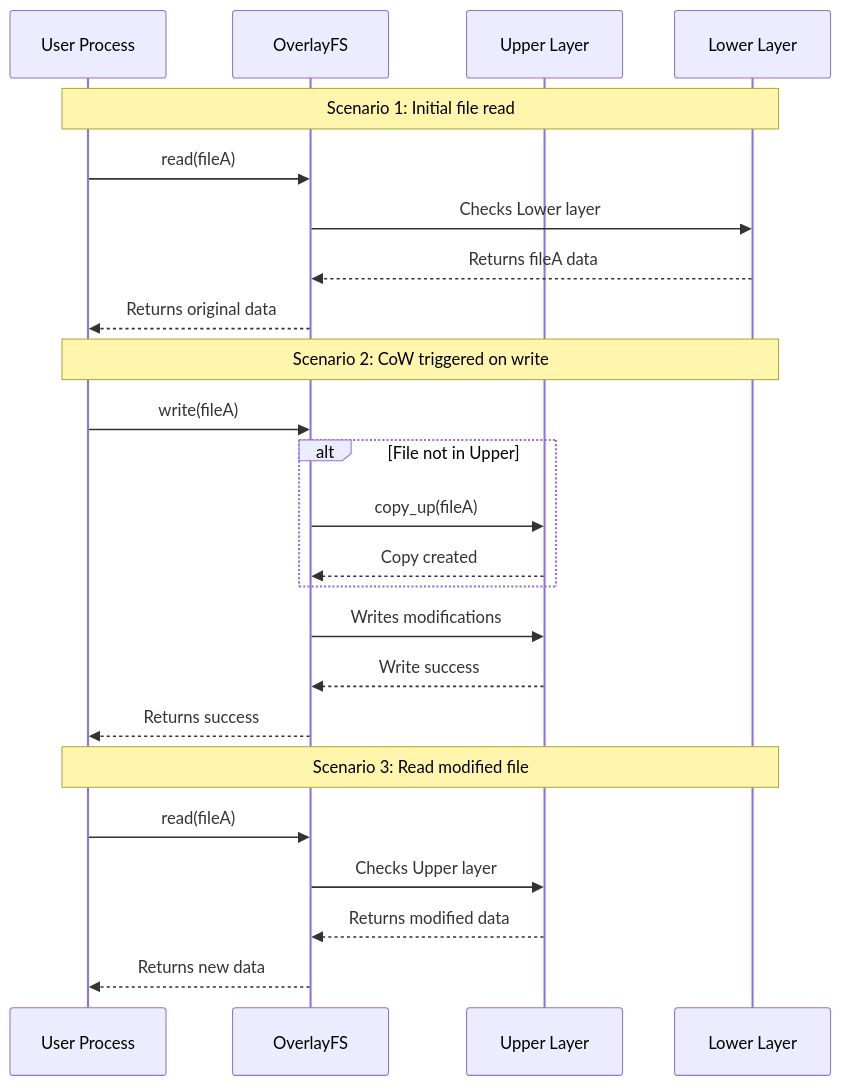
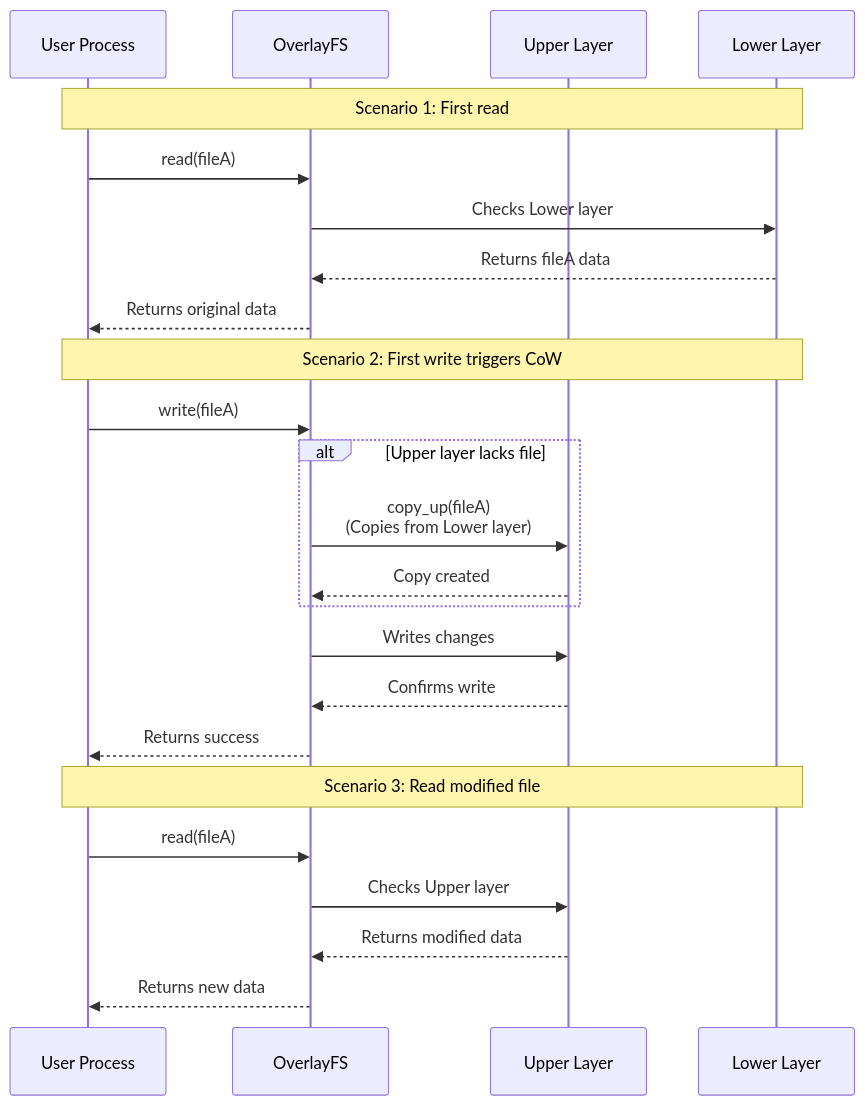
Before and after one commit to rk8s-dev/rk8s: the fifth of 5 diagrams in project/libfuse-fs/docs/tech.md, drawn with Mermaid. The commit also changed other lines of this file and 3 other files, not shown here.

Commit message:
docs: add VFS and FUSE diagrams to tech documentation

````diff
--- a/project/libfuse-fs/docs/tech.md
+++ b/project/libfuse-fs/docs/tech.md
@@ -367,32 +354,32 @@
 ```mermaid  
 sequenceDiagram  
     participant User as User Process  
     participant Overlay as OverlayFS  
     participant Upper as Upper Layer  
     participant Lower as Lower Layer  
 
-    %% First read  
-    Note over User,Lower: Scenario 1: Initial file read  
+    %% Initial read  
+    Note over User,Lower: Scenario 1: First read  
     User->>Overlay: read(fileA)  
     Overlay->>Lower: Checks Lower layer  
     Lower-->>Overlay: Returns fileA data  
     Overlay-->>User: Returns original data  
 
-    %% CoW on first write  
-    Note over User,Lower: Scenario 2: CoW triggered on write  
+    %% Write triggers CoW  
+    Note over User,Lower: Scenario 2: First write triggers CoW  
     User->>Overlay: write(fileA)  
-    alt File not in Upper  
-        Overlay->>Upper: copy_up(fileA)  
+    alt Upper layer lacks file  
+        Overlay->>Upper: copy_up(fileA)<br/>(Copies from Lower layer)  
         Upper-->>Overlay: Copy created  
     end  
-    Overlay->>Upper: Writes modifications  
-    Upper-->>Overlay: Write success  
+    Overlay->>Upper: Writes changes  
+    Upper-->>Overlay: Confirms write  
     Overlay-->>User: Returns success  
 
     %% Subsequent read  
     Note over User,Lower: Scenario 3: Read modified file  
     User->>Overlay: read(fileA)  
     Overlay->>Upper: Checks Upper layer  
     Upper-->>Overlay: Returns modified data  
     Overlay-->>User: Returns new data  
 ```  
````
